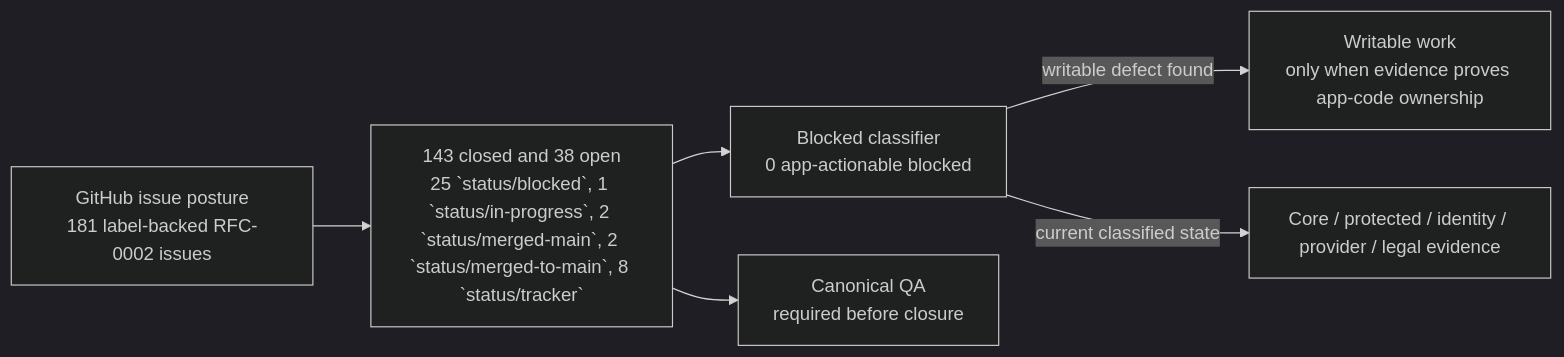
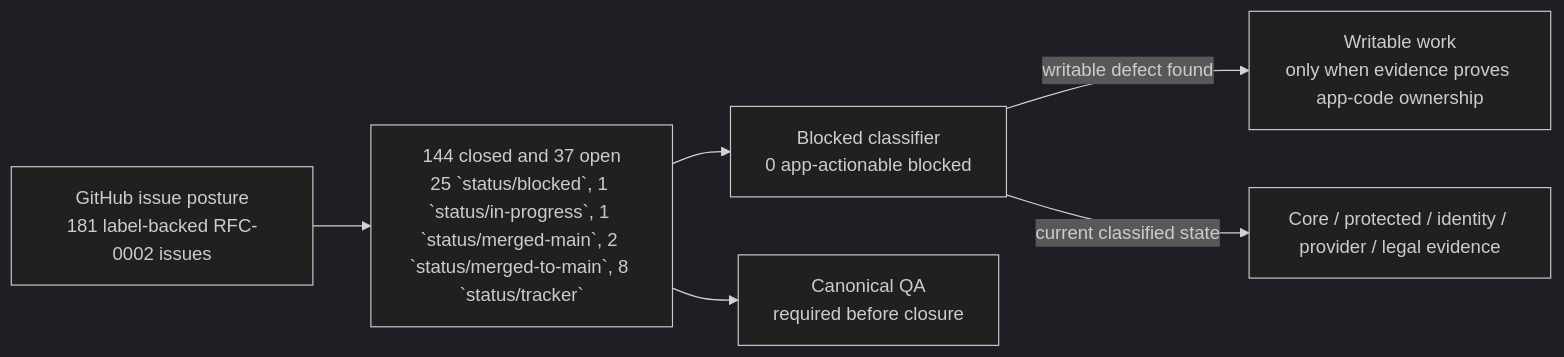
The first of 2 diagrams in wiki/RFC-0002-Execution-Status.md (sgajbi/lotus-idea), drawn with Mermaid (dark theme) before and after one commit. The commit also changed other lines of this file and 11 other files, not shown here.

````diff
--- a/wiki/RFC-0002-Execution-Status.md
+++ b/wiki/RFC-0002-Execution-Status.md
@@ -39,15 +39,15 @@
 ```mermaid
 flowchart LR
     Issues["GitHub issue posture<br/>181 label-backed RFC-0002 issues"]
-    Open["143 closed and 38 open<br/>25 `status/blocked`, 1 `status/in-progress`, 2 `status/merged-main`, 2 `status/merged-to-main`, 8 `status/tracker`"]
+    Open["144 closed and 37 open<br/>25 `status/blocked`, 1 `status/in-progress`, 1 `status/merged-main`, 2 `status/merged-to-main`, 8 `status/tracker`"]
     Blocked["Blocked classifier<br/>0 app-actionable blocked"]
     Work["Writable work<br/>only when evidence proves app-code ownership"]
     External["Core / protected / identity / provider / legal evidence"]
     QA["Canonical QA<br/>required before closure"]
 
     Issues --> Open
     Open --> Blocked
     Blocked -->|"writable defect found"| Work
     Blocked -->|"current classified state"| External
     Open --> QA
 ```
````
